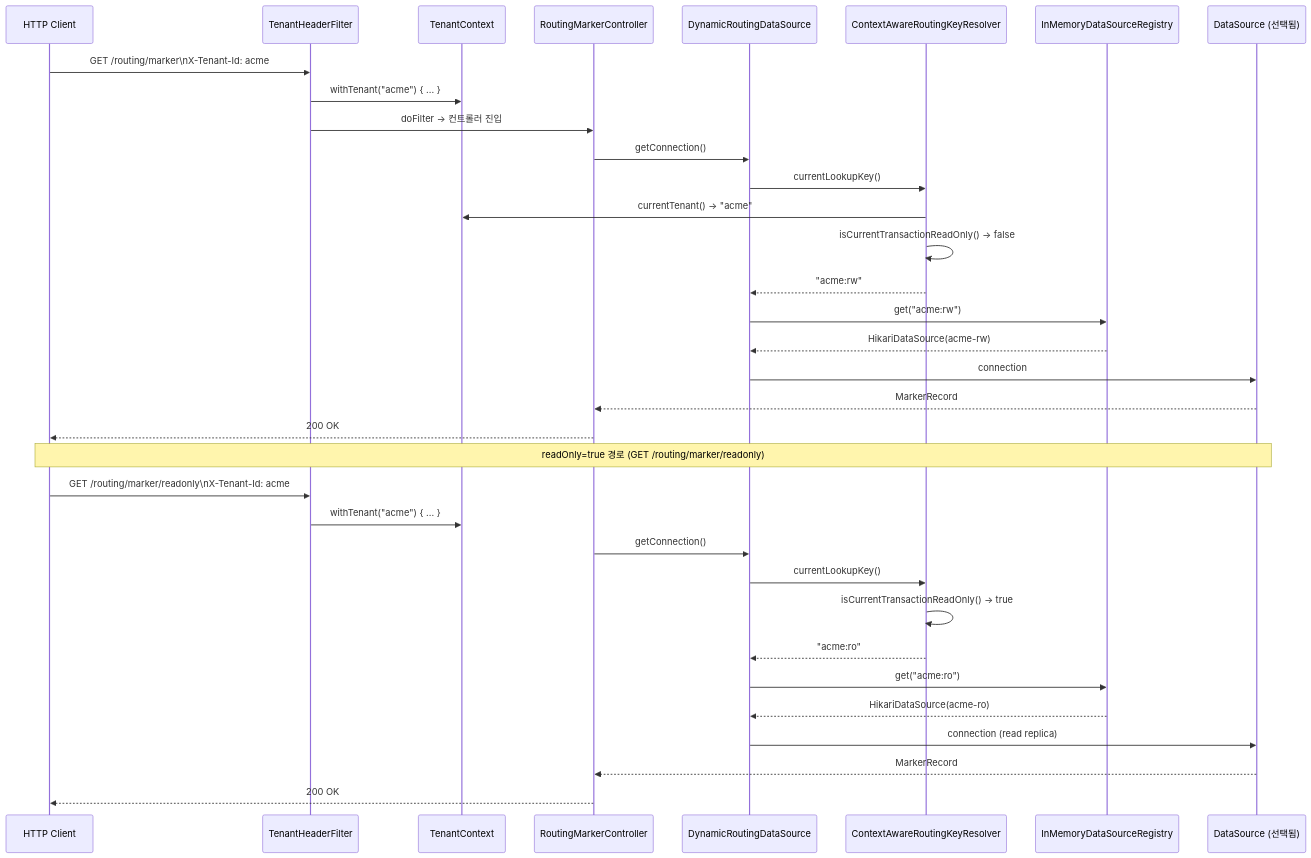
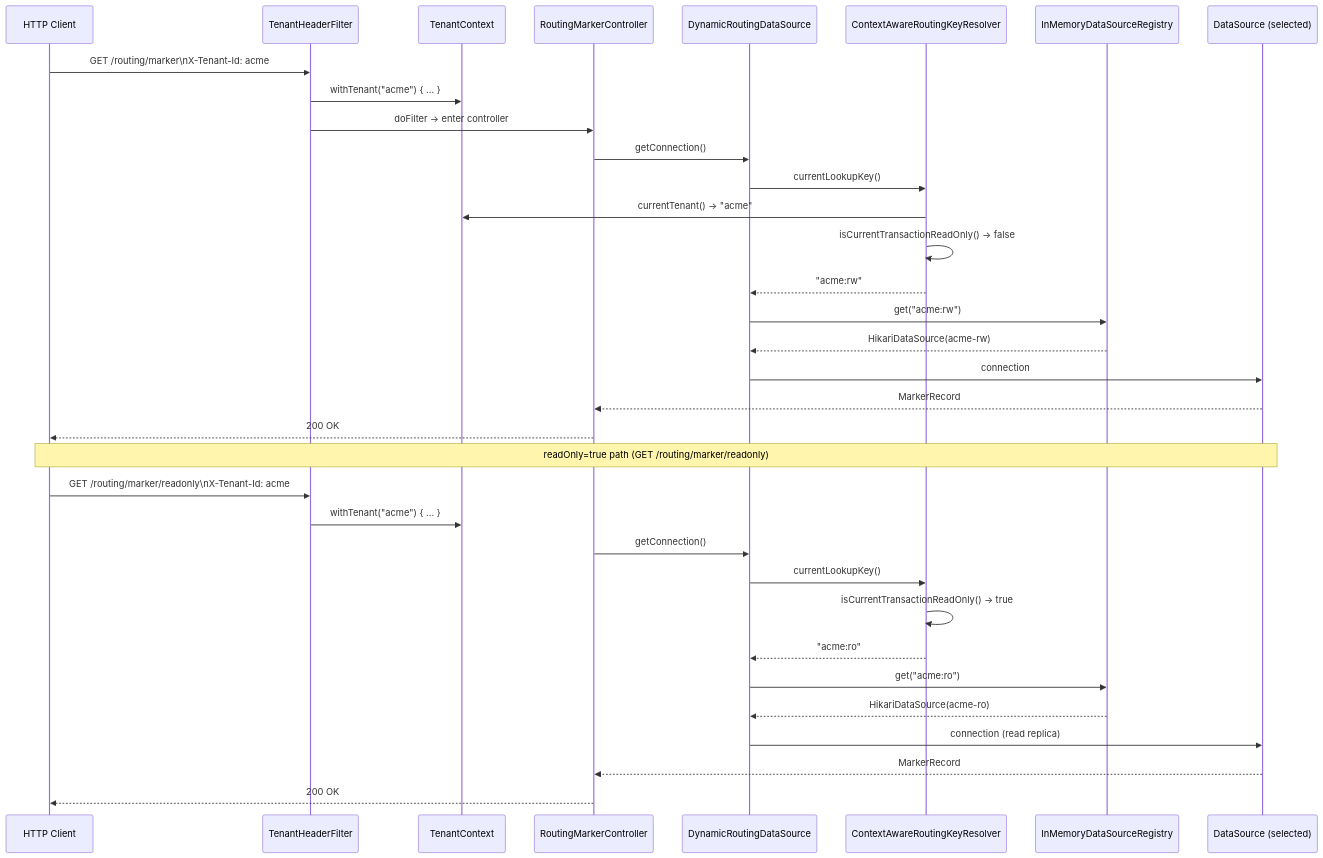
One commit to bluetape4k/exposed-workshop changed the third of 3 diagrams in 11-high-performance/03-routing-datasource/README.md. Above: the diagram before and after it, drawn with Mermaid. The commit also changed other lines of this file and 115 other files, not shown here.

````diff
--- a/11-high-performance/03-routing-datasource/README.md
+++ b/11-high-performance/03-routing-datasource/README.md
@@ -156,36 +155,36 @@
 ```mermaid
 sequenceDiagram
     participant C as HTTP Client
     participant F as TenantHeaderFilter
     participant TC as TenantContext
     participant Ctrl as RoutingMarkerController
     participant DS as DynamicRoutingDataSource
     participant KR as ContextAwareRoutingKeyResolver
     participant Reg as InMemoryDataSourceRegistry
-    participant DB as DataSource (선택됨)
+    participant DB as DataSource (selected)
     C ->> F: GET /routing/marker\nX-Tenant-Id: acme
     F ->> TC: withTenant("acme") { ... }
-    F ->> Ctrl: doFilter → 컨트롤러 진입
+    F ->> Ctrl: doFilter → enter controller
     Ctrl ->> DS: getConnection()
     DS ->> KR: currentLookupKey()
     KR ->> TC: currentTenant() → "acme"
     KR ->> KR: isCurrentTransactionReadOnly() → false
     KR -->> DS: "acme:rw"
     DS ->> Reg: get("acme:rw")
     Reg -->> DS: HikariDataSource(acme-rw)
     DS ->> DB: connection
     DB -->> Ctrl: MarkerRecord
     Ctrl -->> C: 200 OK
-    Note over C, DB: readOnly=true 경로 (GET /routing/marker/readonly)
+    Note over C, DB: readOnly=true path (GET /routing/marker/readonly)
     C ->> F: GET /routing/marker/readonly\nX-Tenant-Id: acme
     F ->> TC: withTenant("acme") { ... }
     Ctrl ->> DS: getConnection()
     DS ->> KR: currentLookupKey()
     KR ->> KR: isCurrentTransactionReadOnly() → true
     KR -->> DS: "acme:ro"
     DS ->> Reg: get("acme:ro")
     Reg -->> DS: HikariDataSource(acme-ro)
     DS ->> DB: connection (read replica)
     DB -->> Ctrl: MarkerRecord
     Ctrl -->> C: 200 OK
 ```
````
